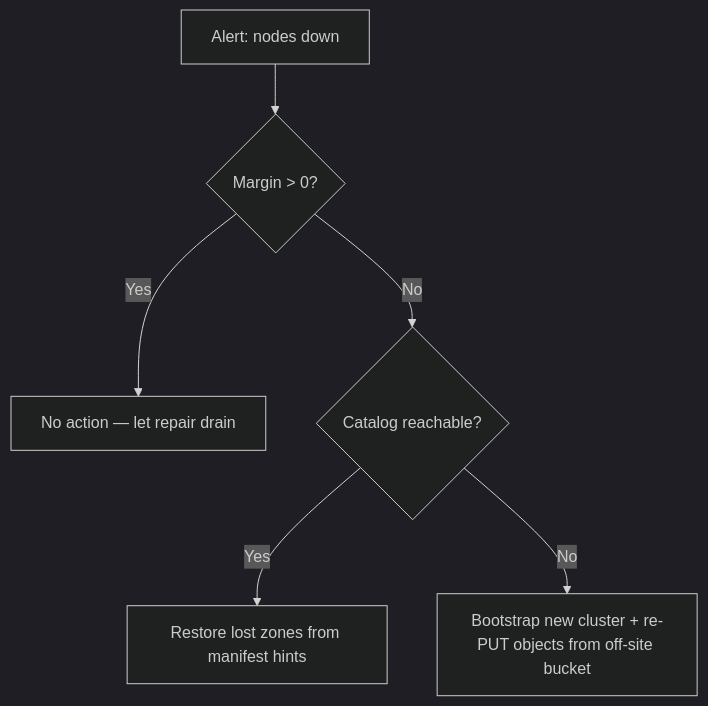
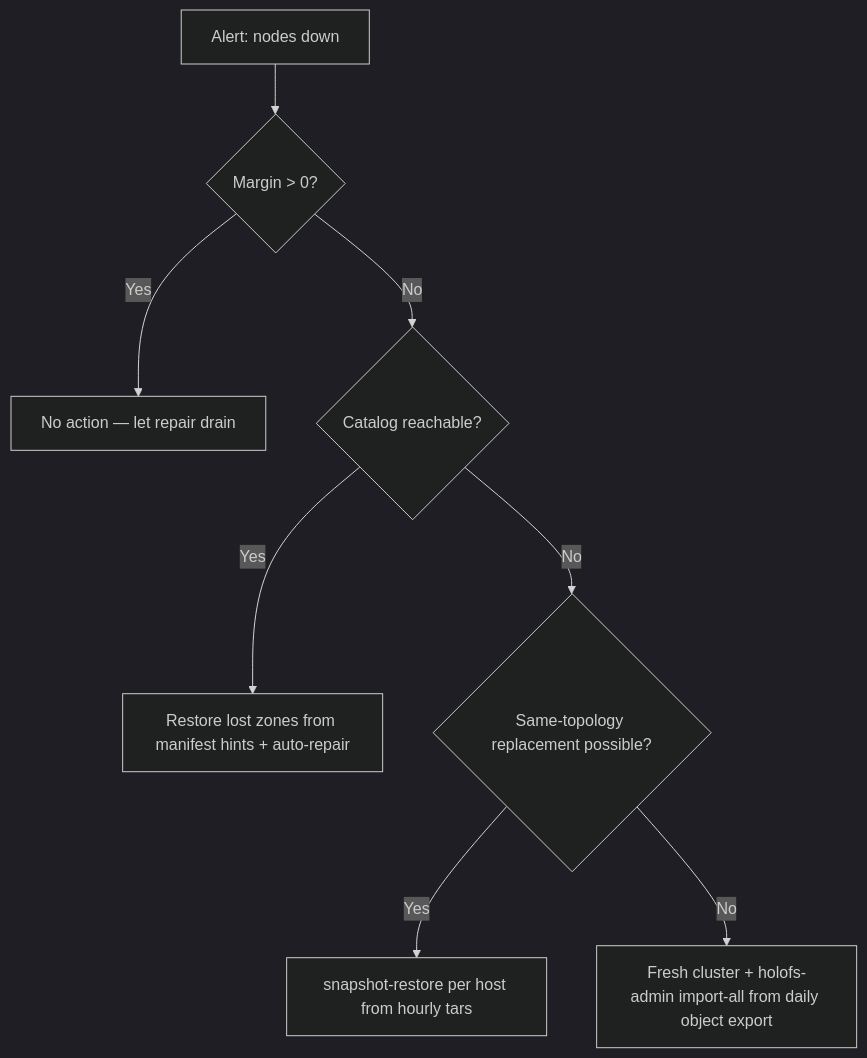
The diagram in docs/operations.md (rmorenko/holofs), drawn with Mermaid (dark theme) before and after one commit. The commit also changed other lines of this file and 9 other files, not shown here.

````diff
--- a/docs/operations.md
+++ b/docs/operations.md
@@ -801,8 +870,10 @@
 ```mermaid
 flowchart TD
     A[Alert: nodes down] --> B{Margin > 0?}
     B -- Yes --> C[No action — let repair drain]
     B -- No  --> D{Catalog reachable?}
-    D -- Yes --> E[Restore lost zones from manifest hints]
-    D -- No  --> F[Bootstrap new cluster + re-PUT objects from off-site bucket]
+    D -- Yes --> E[Restore lost zones from manifest hints + auto-repair]
+    D -- No  --> F{Same-topology replacement possible?}
+    F -- Yes --> G[snapshot-restore per host from hourly tars]
+    F -- No  --> H[Fresh cluster + holofs-admin import-all from daily object export]
 ```
````
